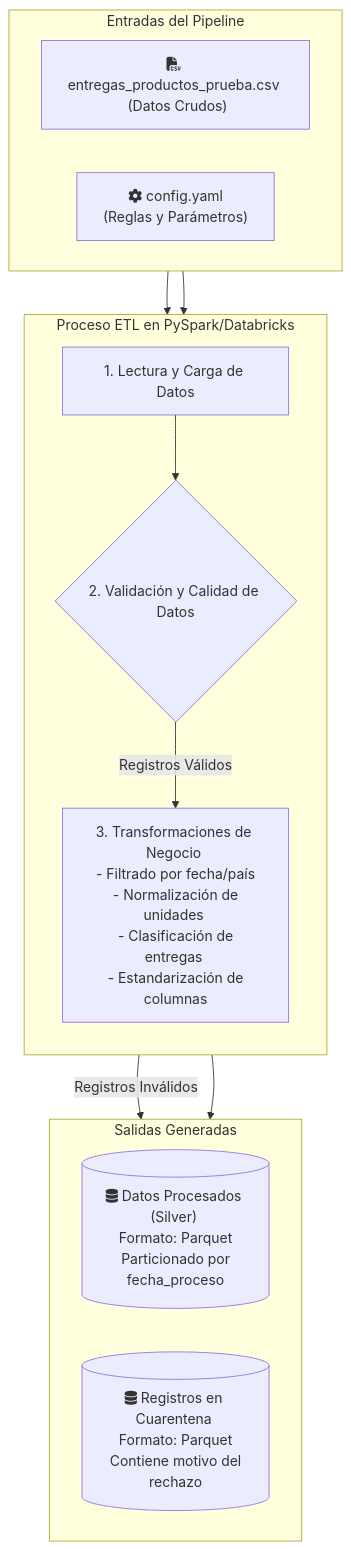
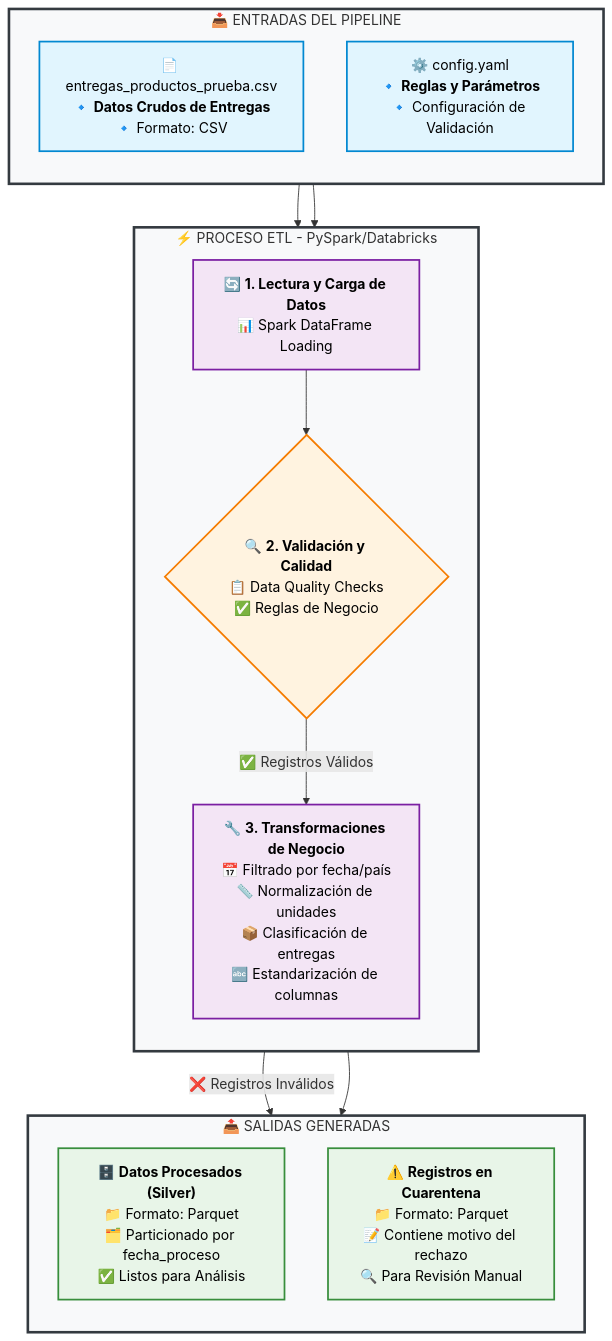
Before and after one commit to manuelarguelles/pyspark-delivery-etl: the diagram in README.md, drawn with Mermaid.

````diff
--- a/README.md
+++ b/README.md
@@ -59,29 +60,49 @@
 ```mermaid
 flowchart TD
-    subgraph "Entradas del Pipeline"
-        direction LR
-        A["fa:fa-file-csv entregas_productos_prueba.csv <br> (Datos Crudos)"]
-        B["fa:fa-cog config.yaml <br> (Reglas y Parámetros)"]
+    %% Definición de clases para styling
+    classDef inputClass fill:#e1f5fe,stroke:#0288d1,stroke-width:2px,color:#000
+    classDef processClass fill:#f3e5f5,stroke:#7b1fa2,stroke-width:2px,color:#000
+    classDef outputClass fill:#e8f5e8,stroke:#388e3c,stroke-width:2px,color:#000
+    classDef decisionClass fill:#fff3e0,stroke:#f57c00,stroke-width:2px,color:#000
+    
+    %% Subgrafo de Entradas
+    subgraph INPUT [" 📥 ENTRADAS DEL PIPELINE "]
+        direction TB
+        A["📄 entregas_productos_prueba.csv<br/>🔹 <b>Datos Crudos de Entregas</b><br/>🔹 Formato: CSV"]
+        B["⚙️ config.yaml<br/>🔹 <b>Reglas y Parámetros</b><br/>🔹 Configuración de Validación"]
     end
-
-    subgraph "Proceso ETL en PySpark/Databricks"
-        direction TD
-        C["1. Lectura y Carga de Datos"]
-        D{"2. Validación y Calidad de Datos"}
-        E["3. Transformaciones de Negocio <br> - Filtrado por fecha/país <br> - Normalización de unidades <br> - Clasificación de entregas <br> - Estandarización de columnas"]
+    
+    %% Subgrafo de Procesamiento
+    subgraph PROCESS [" ⚡ PROCESO ETL - PySpark/Databricks "]
+        direction TB
+        C["🔄 <b>1. Lectura y Carga de Datos</b><br/>📊 Spark DataFrame Loading"]
+        D{"🔍 <b>2. Validación y Calidad</b><br/>📋 Data Quality Checks<br/>✅ Reglas de Negocio"}
+        E["🔧 <b>3. Transformaciones de Negocio</b><br/>📅 Filtrado por fecha/país<br/>📏 Normalización de unidades<br/>📦 Clasificación de entregas<br/>🔤 Estandarización de columnas"]
     end
-
-    subgraph "Salidas Generadas"
-        direction LR
-        F[("fa:fa-database Datos Procesados (Silver) <br> Formato: Parquet <br> Particionado por fecha_proceso")]
-        G[("fa:fa-database Registros en Cuarentena <br> Formato: Parquet <br> Contiene motivo del rechazo")]
+    
+    %% Subgrafo de Salidas
+    subgraph OUTPUT [" 📤 SALIDAS GENERADAS "]
+        direction TB
+        F["🗄️ <b>Datos Procesados (Silver)</b><br/>📁 Formato: Parquet<br/>🗂️ Particionado por fecha_proceso<br/>✅ Listos para Análisis"]
+        G["⚠️ <b>Registros en Cuarentena</b><br/>📁 Formato: Parquet<br/>📝 Contiene motivo del rechazo<br/>🔍 Para Revisión Manual"]
     end
-
-    %% Conexiones del Flujo
+    
+    %% Conexiones del Flujo Principal
     A --> C
     B --> C
     C --> D
-    D -->|Registros Válidos| E
-    D -->|Registros Inválidos| G
+    D -->|"✅ Registros Válidos"| E
+    D -->|"❌ Registros Inválidos"| G
     E --> F
+    
+    %% Aplicar clases de styling
+    class A,B inputClass
+    class C,E processClass
+    class D decisionClass
+    class F,G outputClass
+    
+    %% Styling de subgrafos
+    style INPUT fill:#f8f9fa,stroke:#343a40,stroke-width:3px
+    style PROCESS fill:#f8f9fa,stroke:#343a40,stroke-width:3px
+    style OUTPUT fill:#f8f9fa,stroke:#343a40,stroke-width:3px
 ```
````
